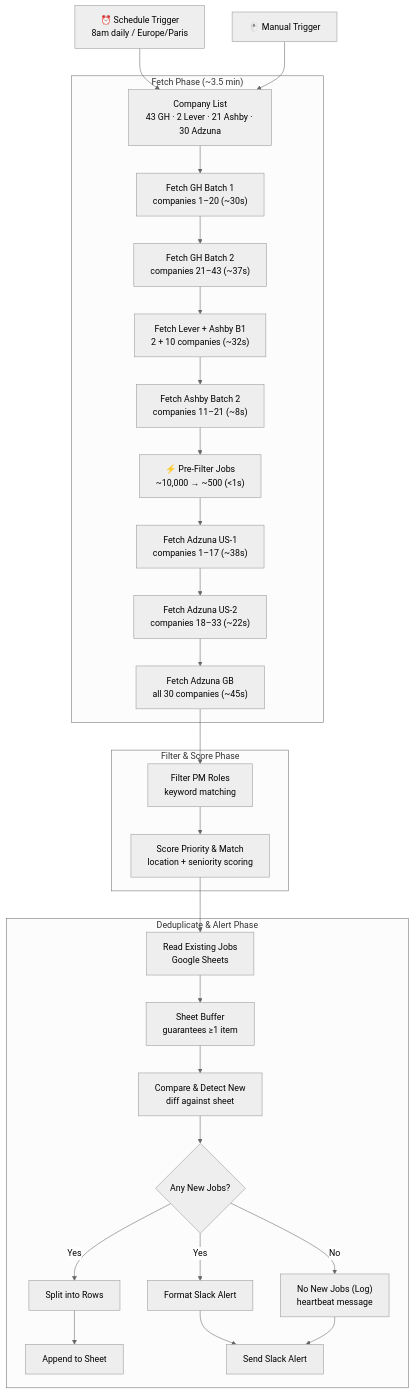
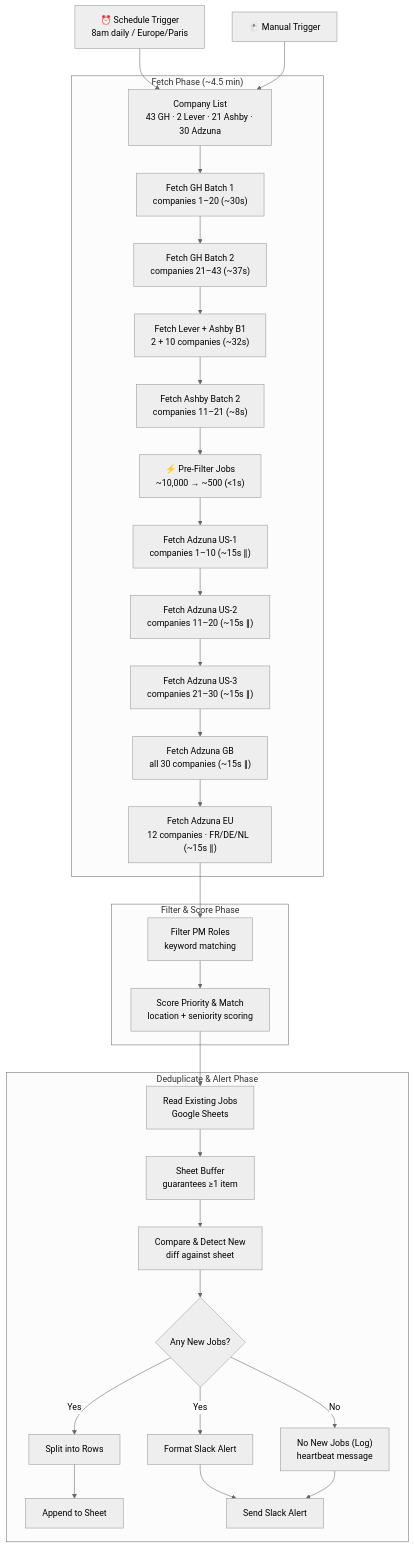
The diagram in README.md (djianp/ai-job-alerts), drawn with Mermaid (neutral theme) before and after one commit. The commit also changed other lines of this file and 6 other files, not shown here.

````diff
--- a/README.md
+++ b/README.md
@@ -35,40 +35,42 @@
 ```mermaid
 flowchart TD
     A["⏰ Schedule Trigger\n8am daily / Europe/Paris"] --> C
     B["🖱️ Manual Trigger"] --> C
 
-    subgraph FETCH ["Fetch Phase (~3.5 min)"]
+    subgraph FETCH ["Fetch Phase (~4.5 min)"]
         C["Company List\n43 GH · 2 Lever · 21 Ashby · 30 Adzuna"]
         D["Fetch GH Batch 1\ncompanies 1–20  (~30s)"]
         E["Fetch GH Batch 2\ncompanies 21–43  (~37s)"]
         F["Fetch Lever + Ashby B1\n2 + 10 companies  (~32s)"]
         G["Fetch Ashby Batch 2\ncompanies 11–21  (~8s)"]
         H["⚡ Pre-Filter Jobs\n~10,000 → ~500  (<1s)"]
-        I["Fetch Adzuna US-1\ncompanies 1–17  (~38s)"]
-        J["Fetch Adzuna US-2\ncompanies 18–33  (~22s)"]
-        K["Fetch Adzuna GB\nall 30 companies  (~45s)"]
-        C --> D --> E --> F --> G --> H --> I --> J --> K
+        I["Fetch Adzuna US-1\ncompanies 1–10  (~15s ∥)"]
+        J["Fetch Adzuna US-2\ncompanies 11–20  (~15s ∥)"]
+        J2["Fetch Adzuna US-3\ncompanies 21–30  (~15s ∥)"]
+        K["Fetch Adzuna GB\nall 30 companies  (~15s ∥)"]
+        EU["Fetch Adzuna EU\n12 companies · FR/DE/NL  (~15s ∥)"]
+        C --> D --> E --> F --> G --> H --> I --> J --> J2 --> K --> EU
     end
 
     subgraph FILTER ["Filter & Score Phase"]
         L["Filter PM Roles\nkeyword matching"]
         M["Score Priority & Match\nlocation + seniority scoring"]
-        K --> L --> M
+        EU --> L --> M
     end
 
     subgraph ALERT ["Deduplicate & Alert Phase"]
         N["Read Existing Jobs\nGoogle Sheets"]
         O["Sheet Buffer\nguarantees ≥1 item"]
         P["Compare & Detect New\ndiff against sheet"]
         Q{"Any New Jobs?"}
         R["Split into Rows"]
         S["Append to Sheet"]
         T["Format Slack Alert"]
         U["Send Slack Alert"]
         V["No New Jobs (Log)\nheartbeat message"]
         M --> N --> O --> P --> Q
         Q -->|"Yes"| R --> S
         Q -->|"Yes"| T --> U
         Q -->|"No"| V --> U
     end
 ```
````
